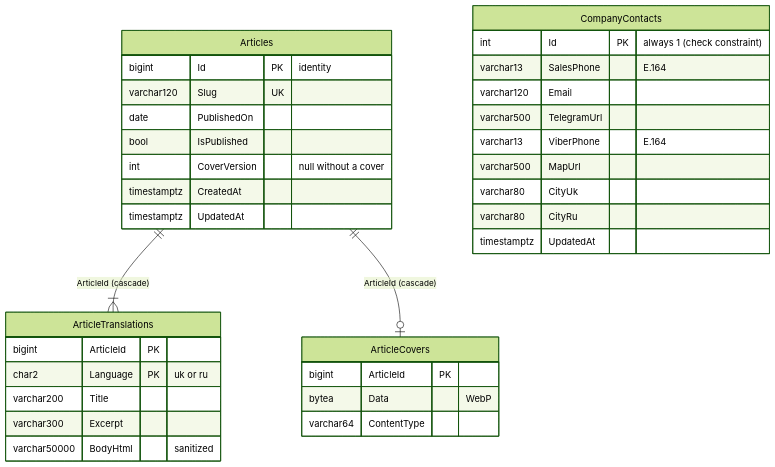
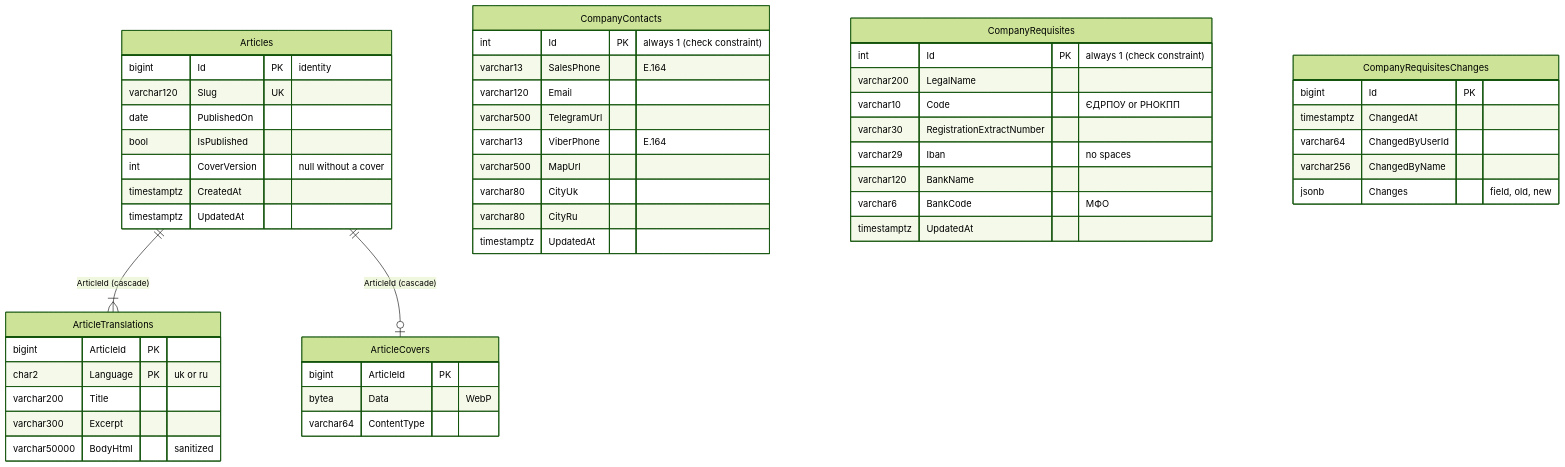
The diagram in docs/sdd/architecture/data-model/content-articles.md (Weretik/KedrStore), drawn with Mermaid (forest theme) before and after one commit. The commit also changed other lines of this file and 38 other files, not shown here.

First line of the commit message:
Add company requisites to the Content module

````diff
--- a/docs/sdd/architecture/data-model/content-articles.md
+++ b/docs/sdd/architecture/data-model/content-articles.md
@@ -5,37 +5,54 @@
 ```mermaid
 erDiagram
     Articles ||--|{ ArticleTranslations : "ArticleId (cascade)"
     Articles ||--o| ArticleCovers : "ArticleId (cascade)"
     Articles {
         bigint Id PK "identity"
         varchar120 Slug UK
         date PublishedOn
         bool IsPublished
         int CoverVersion "null without a cover"
         timestamptz CreatedAt
         timestamptz UpdatedAt
     }
     ArticleTranslations {
         bigint ArticleId PK
         char2 Language PK "uk or ru"
         varchar200 Title
         varchar300 Excerpt
         varchar50000 BodyHtml "sanitized"
     }
     ArticleCovers {
         bigint ArticleId PK
         bytea Data "WebP"
         varchar64 ContentType
     }
     CompanyContacts {
         int Id PK "always 1 (check constraint)"
         varchar13 SalesPhone "E.164"
         varchar120 Email
         varchar500 TelegramUrl
         varchar13 ViberPhone "E.164"
         varchar500 MapUrl
         varchar80 CityUk
         varchar80 CityRu
         timestamptz UpdatedAt
     }
+    CompanyRequisites {
+        int Id PK "always 1 (check constraint)"
+        varchar200 LegalName
+        varchar10 Code "ЄДРПОУ or РНОКПП"
+        varchar30 RegistrationExtractNumber
+        varchar29 Iban "no spaces"
+        varchar120 BankName
+        varchar6 BankCode "МФО"
+        timestamptz UpdatedAt
+    }
+    CompanyRequisitesChanges {
+        bigint Id PK
+        timestamptz ChangedAt
+        varchar64 ChangedByUserId
+        varchar256 ChangedByName
+        jsonb Changes "field, old, new"
+    }
 ```
````
